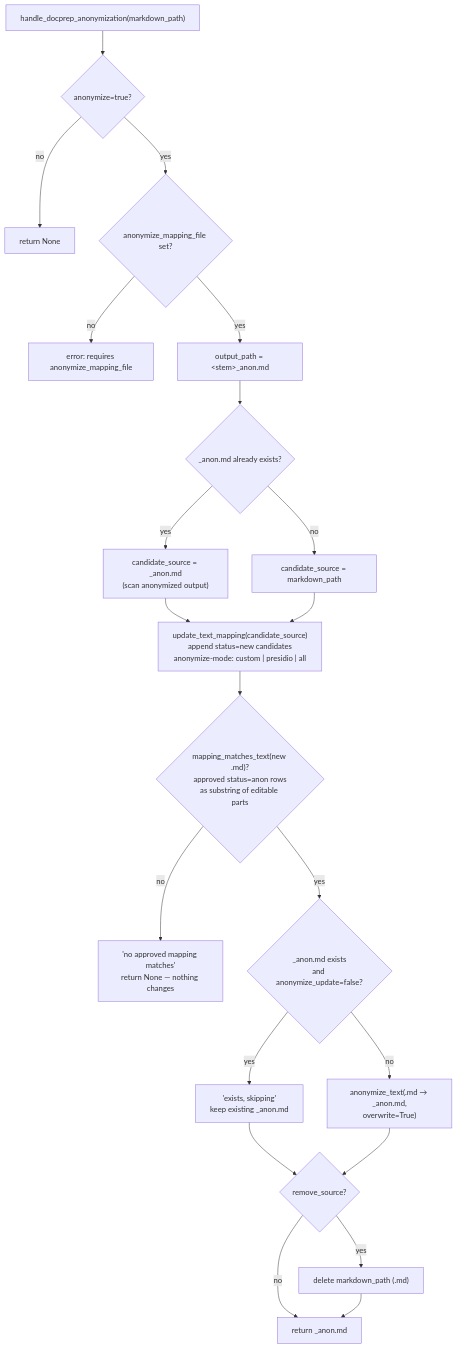
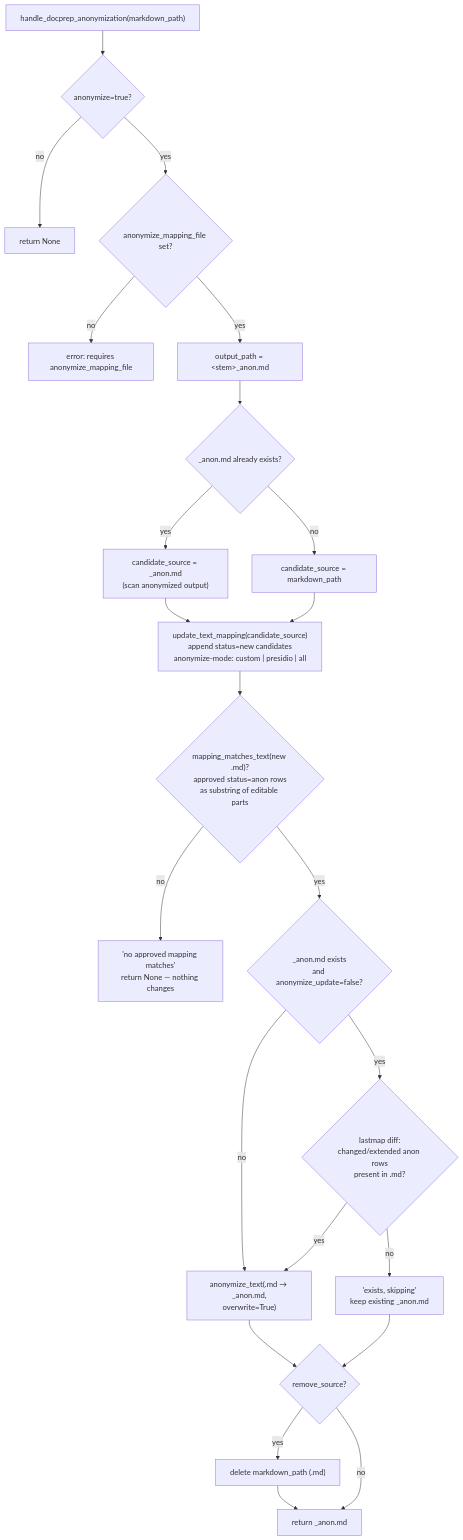
One commit to ManfredWisniewski/wit_pytools changed the third of 3 diagrams in README_cinderallasort-flow.md. Above: the diagram before and after it, drawn with Mermaid. The commit also changed other lines of this file and 8 other files, not shown here.

Commit message:
bump +wit submodule and add anonymization lastmap tracking with changed-value detection for selective _anon.md regeneration

````diff
--- a/README_cinderallasort-flow.md
+++ b/README_cinderallasort-flow.md
@@ -75,23 +75,25 @@
 ```mermaid
 flowchart TD
     A["handle_docprep_anonymization(markdown_path)"] --> B{"anonymize=true?"}
     B -- no --> Z["return None"]
     B -- yes --> C{"anonymize_mapping_file set?"}
     C -- no --> C2["error: requires anonymize_mapping_file"]
     C -- yes --> D["output_path = &lt;stem&gt;_anon.md"]
     D --> E{"_anon.md already exists?"}
     E -- yes --> F["candidate_source = _anon.md<br/>(scan anonymized output)"]
     E -- no --> G["candidate_source = markdown_path"]
     F --> H["update_text_mapping(candidate_source)<br/>append status=new candidates<br/>anonymize-mode: custom | presidio | all"]
     G --> H
     H --> I{"mapping_matches_text(new .md)?<br/>approved status=anon rows<br/>as substring of editable parts"}
     I -- no --> I2["'no approved mapping matches'<br/>return None — nothing changes"]
     I -- yes --> J{"_anon.md exists<br/>and anonymize_update=false?"}
-    J -- yes --> K["'exists, skipping'<br/>keep existing _anon.md"]
     J -- no --> L["anonymize_text(.md → _anon.md,<br/>overwrite=True)"]
+    J -- yes --> J3{"lastmap diff:<br/>changed/extended anon rows<br/>present in .md?"}
+    J3 -- yes --> L
+    J3 -- no --> K["'exists, skipping'<br/>keep existing _anon.md"]
     K --> M{"remove_source?"}
     L --> M
     M -- yes --> N["delete markdown_path (.md)"]
     M -- no --> Z2["return _anon.md"]
     N --> Z2
 ```
````
